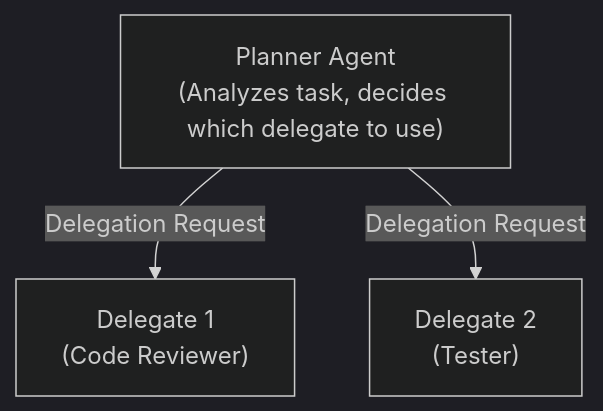
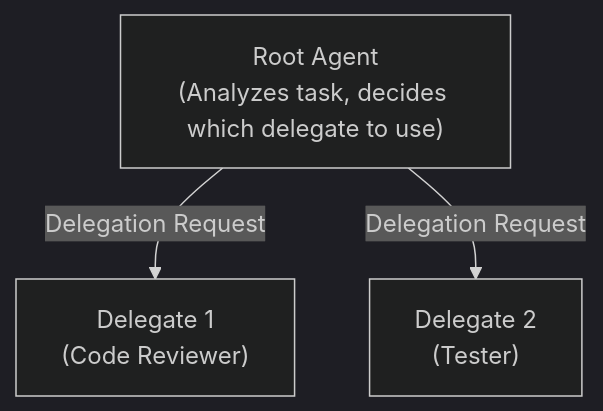
The third of 3 diagrams in docs/docs/agent/index.md (querymt/querymt), drawn with Mermaid (dark theme) before and after one commit. The commit also changed other lines of this file and 197 other files, not shown here.

````diff
--- a/docs/docs/agent/index.md
+++ b/docs/docs/agent/index.md
@@ -101,7 +100,7 @@
 ```mermaid
 flowchart TD
-    P["Planner Agent<br/>(Analyzes task, decides which delegate to use)"]
+    P["Root Agent<br/>(Analyzes task, decides which delegate to use)"]
     P -->|"Delegation Request"| D1 & D2
     D1["Delegate 1<br/>(Code Reviewer)"]
     D2["Delegate 2<br/>(Tester)"]
 ```
````
